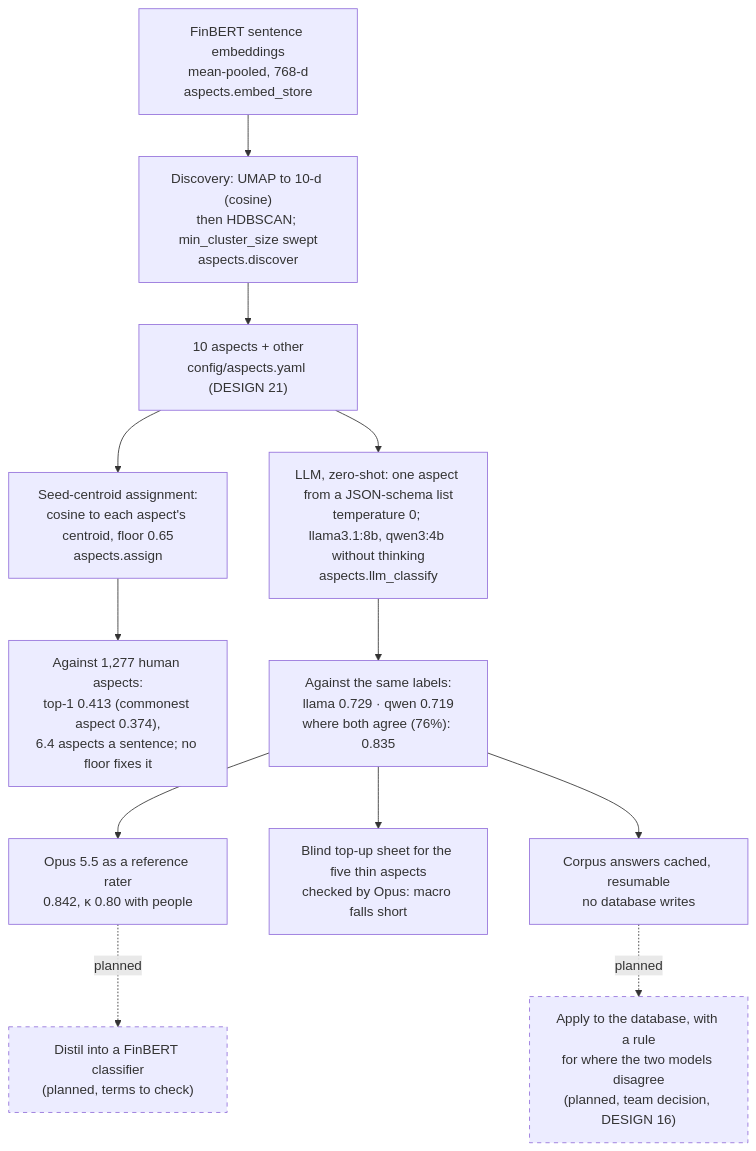
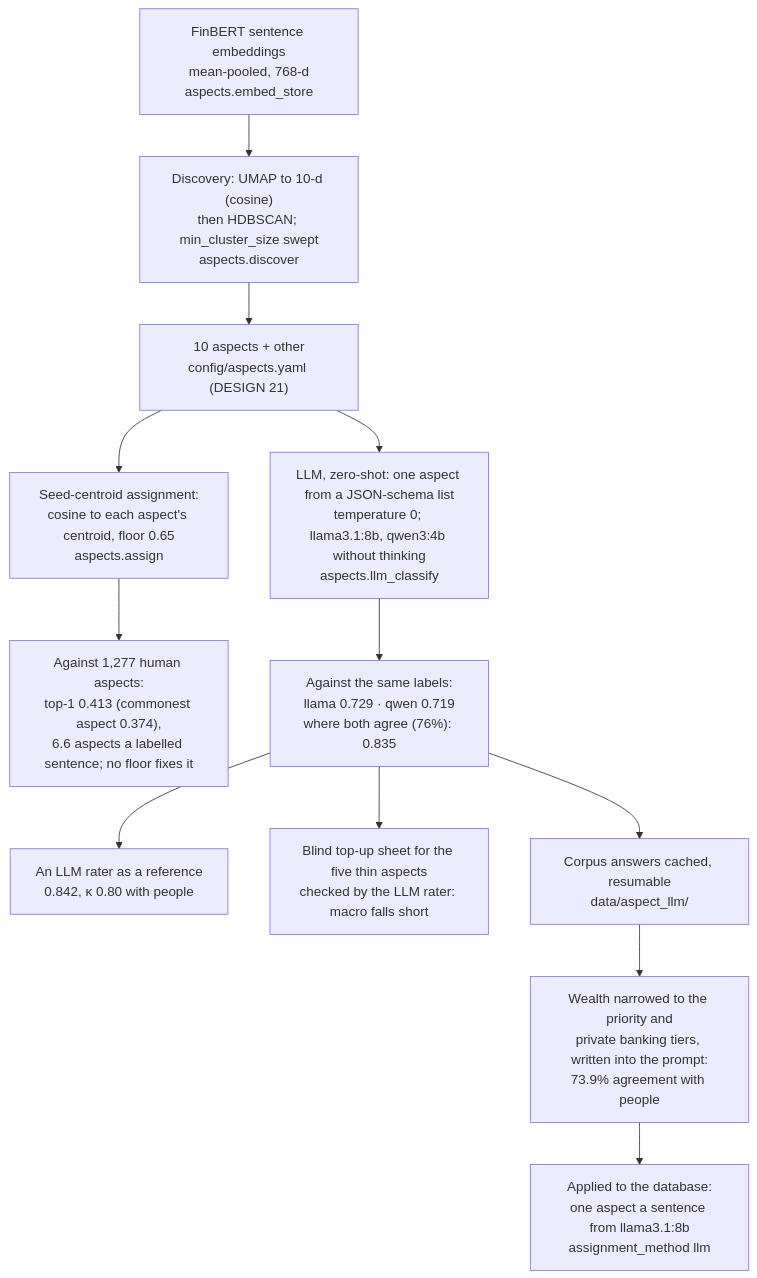
Before and after one commit to Gavingyh/plp-project: the diagram in docs/diagrams/22-aspect-method-development.md, drawn with Mermaid. The commit also changed other lines of this file and 124 other files, not shown here.

````diff
--- a/docs/diagrams/22-aspect-method-development.md
+++ b/docs/diagrams/22-aspect-method-development.md
@@ -7,28 +7,24 @@
 ```mermaid
 flowchart TB
   accTitle: Aspect method development
-  accDescr: FinBERT sentence embeddings are reduced with UMAP and clustered with HDBSCAN; the clusters were labelled into ten aspects. Seed-centroid assignment by cosine similarity was calibrated against the human aspect labels and found weak at any floor. A local LLM choosing one aspect from a fixed list was evaluated on the same labels and was far better, more so where two models agree; Opus 5.5 gives a reference. The classifier's answers for the corpus are being cached; applying them, and distilling them into a smaller model, wait.
+  accDescr: FinBERT sentence embeddings are reduced with UMAP and clustered with HDBSCAN; the clusters were labelled into ten aspects. Seed-centroid assignment by cosine similarity was calibrated against the human aspect labels and found weak at any floor. A local LLM choosing one aspect from a fixed list was evaluated on the same labels and was far better, more so where two models agree; an LLM rater gives a reference. The answers of llama3.1:8b for the whole corpus, with the wealth aspect's narrower wording, were applied to the database.
 
   emb["FinBERT sentence embeddings<br/>mean-pooled, 768-d<br/>aspects.embed_store"]
   disc["Discovery: UMAP to 10-d (cosine)<br/>then HDBSCAN; min_cluster_size swept<br/>aspects.discover"]
   tax["10 aspects + other<br/>config/aspects.yaml (DESIGN 21)"]
   cent["Seed-centroid assignment:<br/>cosine to each aspect's centroid, floor 0.65<br/>aspects.assign"]
-  cal["Against 1,277 human aspects:<br/>top-1 0.413 (commonest aspect 0.374),<br/>6.4 aspects a sentence; no floor fixes it"]
+  cal["Against 1,277 human aspects:<br/>top-1 0.413 (commonest aspect 0.374),<br/>6.6 aspects a labelled sentence; no floor fixes it"]
   llm["LLM, zero-shot: one aspect from a JSON-schema list<br/>temperature 0; llama3.1:8b, qwen3:4b without thinking<br/>aspects.llm_classify"]
   ev["Against the same labels:<br/>llama 0.729 · qwen 0.719<br/>where both agree (76%): 0.835"]
-  opus["Opus 5.5 as a reference rater<br/>0.842, κ 0.80 with people"]
-  top["Blind top-up sheet for the five thin aspects<br/>checked by Opus: macro falls short"]
-  cache["Corpus answers cached, resumable<br/>no database writes"]
-  apply["Apply to the database, with a rule<br/>for where the two models disagree<br/>(planned, team decision, DESIGN 16)"]
-  distil["Distil into a FinBERT classifier<br/>(planned, terms to check)"]
+  opus["An LLM rater as a reference<br/>0.842, κ 0.80 with people"]
+  top["Blind top-up sheet for the five thin aspects<br/>checked by the LLM rater: macro falls short"]
+  cache["Corpus answers cached, resumable<br/>data/aspect_llm/"]
+  wealth["Wealth narrowed to the priority and<br/>private banking tiers, written into the prompt:<br/>73.9% agreement with people"]
+  apply["Applied to the database:<br/>one aspect a sentence from llama3.1:8b<br/>assignment_method llm"]
 
   emb --> disc --> tax --> cent --> cal
   tax --> llm --> ev
   ev --> opus
   ev --> top
-  ev --> cache
-  cache -. planned .-> apply
-  opus -. planned .-> distil
-  style apply stroke-dasharray: 5 5
-  style distil stroke-dasharray: 5 5
+  ev --> cache --> wealth --> apply
 ```
````
